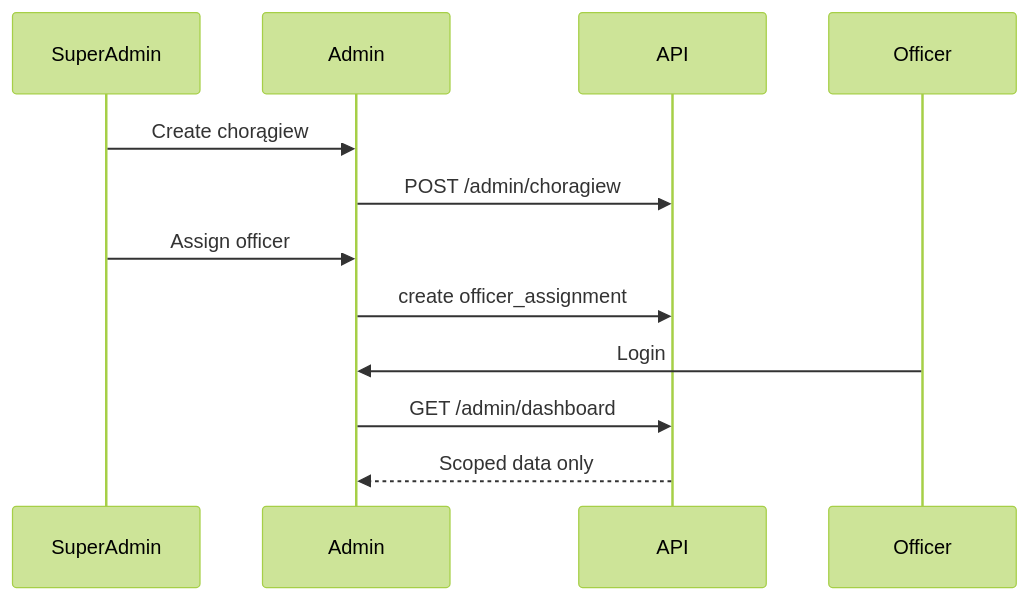
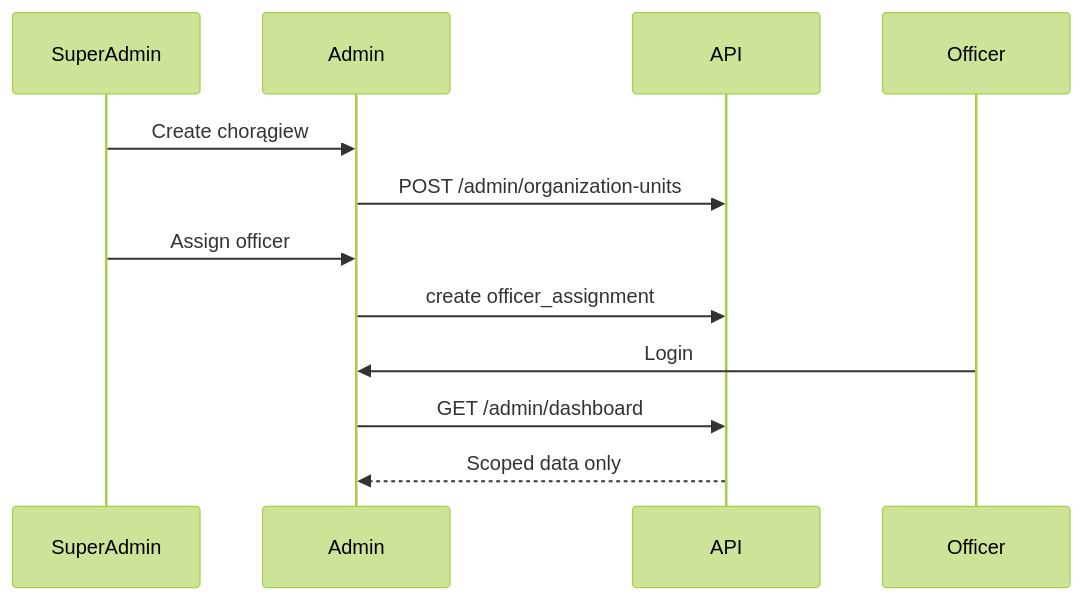
Before and after one commit to PutintsevSergii/jp2-knights-app: the diagram in docs/flows/officer-management-flow.md, drawn with Mermaid (forest theme). The commit also changed other lines of this file and 41 other files, not shown here.

````diff
--- a/docs/flows/officer-management-flow.md
+++ b/docs/flows/officer-management-flow.md
@@ -19,14 +19,14 @@
 ```mermaid
 sequenceDiagram
   participant SuperAdmin
   participant Admin
   participant API
   participant Officer
   SuperAdmin->>Admin: Create chorągiew
-  Admin->>API: POST /admin/choragiew
+  Admin->>API: POST /admin/organization-units
   SuperAdmin->>Admin: Assign officer
   Admin->>API: create officer_assignment
   Officer->>Admin: Login
   Admin->>API: GET /admin/dashboard
   API-->>Admin: Scoped data only
 ```
````
